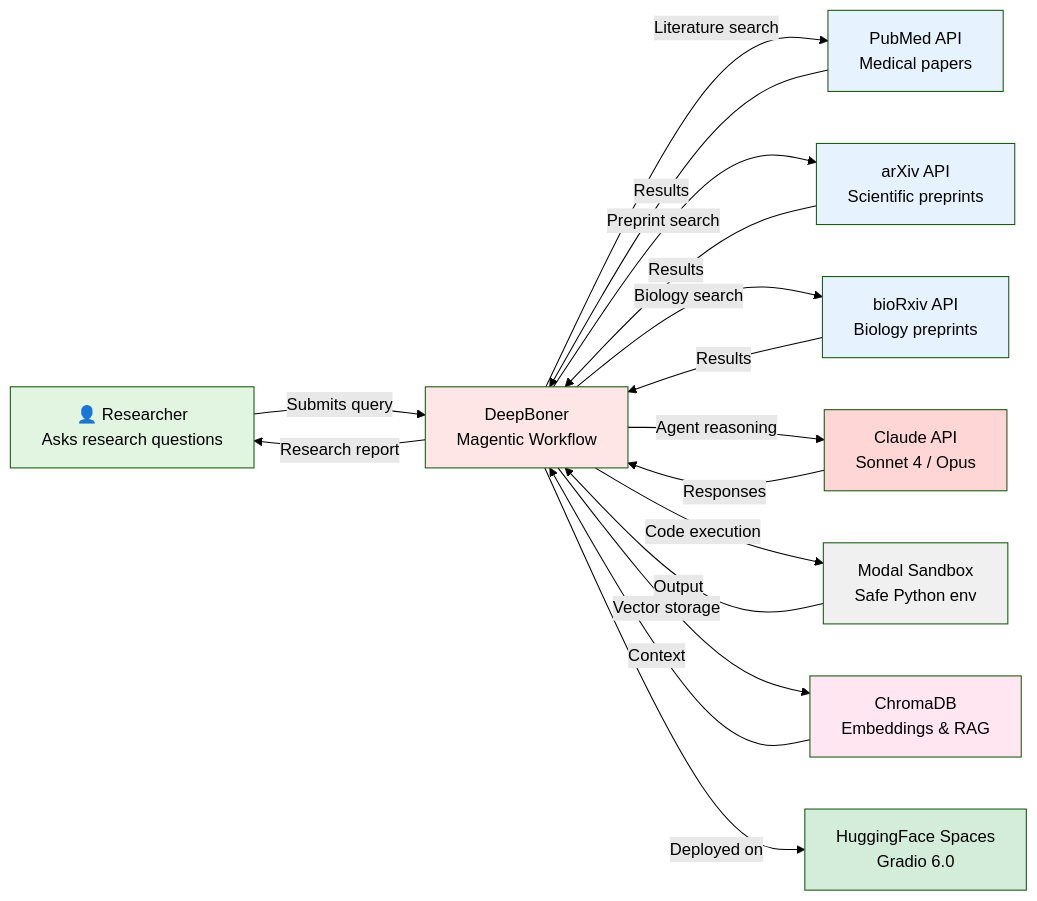
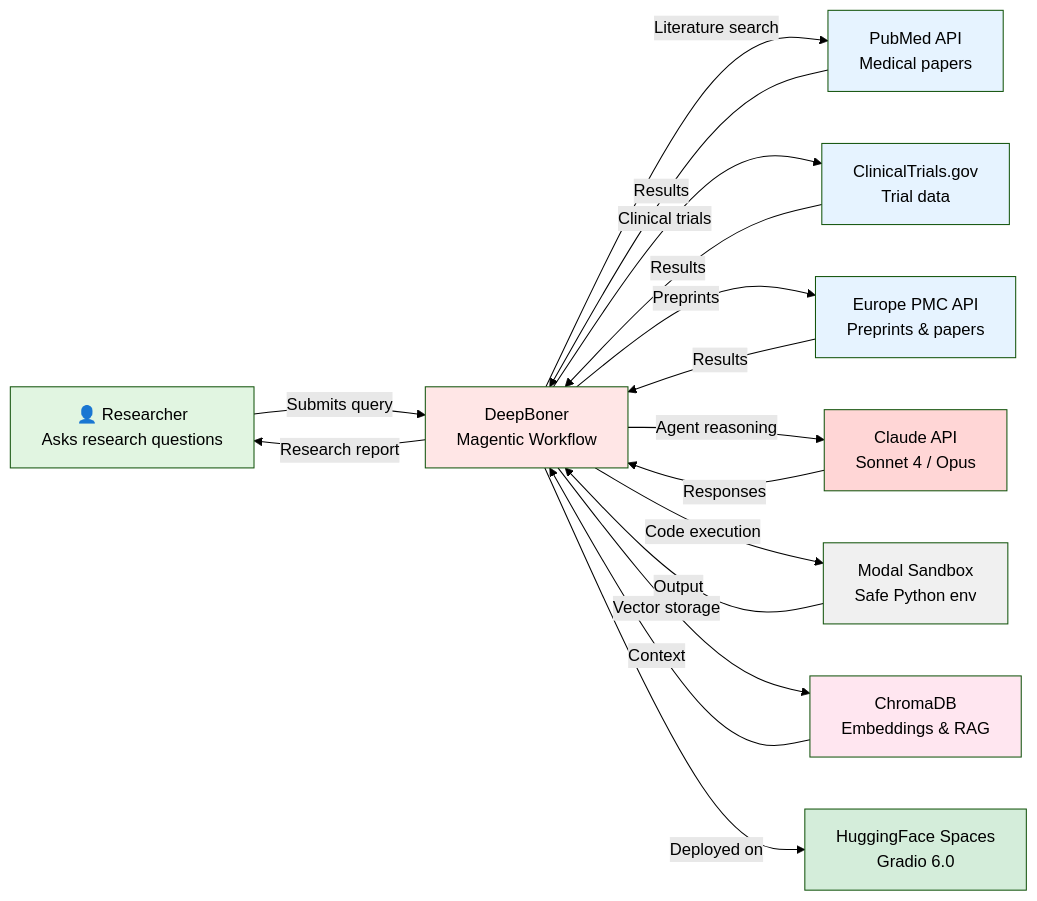
Diagram 14 of 15 in docs/workflow-diagrams.md (The-Obstacle-Is-The-Way/DeepBoner), drawn with Mermaid (forest theme) before and after one commit. The commit also changed other lines of this file and 10 other files, not shown here.

````diff
--- a/docs/workflow-diagrams.md
+++ b/docs/workflow-diagrams.md
@@ -515,32 +515,32 @@
 ```mermaid
 graph LR
     User[👤 Researcher<br/>Asks research questions] -->|Submits query| DC[DeepBoner<br/>Magentic Workflow]
 
     DC -->|Literature search| PubMed[PubMed API<br/>Medical papers]
-    DC -->|Preprint search| ArXiv[arXiv API<br/>Scientific preprints]
-    DC -->|Biology search| BioRxiv[bioRxiv API<br/>Biology preprints]
+    DC -->|Clinical trials| Trials[ClinicalTrials.gov<br/>Trial data]
+    DC -->|Preprints| EuropePMC[Europe PMC API<br/>Preprints & papers]
     DC -->|Agent reasoning| Claude[Claude API<br/>Sonnet 4 / Opus]
     DC -->|Code execution| Modal[Modal Sandbox<br/>Safe Python env]
     DC -->|Vector storage| Chroma[ChromaDB<br/>Embeddings & RAG]
 
     DC -->|Deployed on| HF[HuggingFace Spaces<br/>Gradio 6.0]
 
     PubMed -->|Results| DC
-    ArXiv -->|Results| DC
-    BioRxiv -->|Results| DC
+    Trials -->|Results| DC
+    EuropePMC -->|Results| DC
     Claude -->|Responses| DC
     Modal -->|Output| DC
     Chroma -->|Context| DC
 
     DC -->|Research report| User
 
     style User fill:#e1f5e1
     style DC fill:#ffe6e6
     style PubMed fill:#e6f3ff
-    style ArXiv fill:#e6f3ff
-    style BioRxiv fill:#e6f3ff
+    style Trials fill:#e6f3ff
+    style EuropePMC fill:#e6f3ff
     style Claude fill:#ffd6d6
     style Modal fill:#f0f0f0
     style Chroma fill:#ffe6f0
     style HF fill:#d4edda
 ```
````
